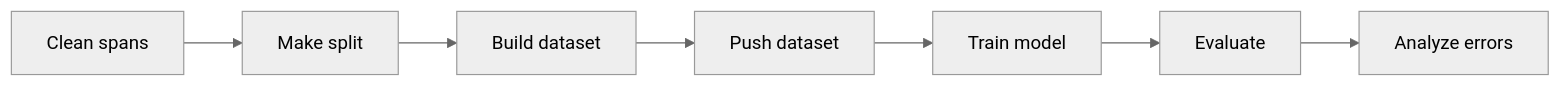
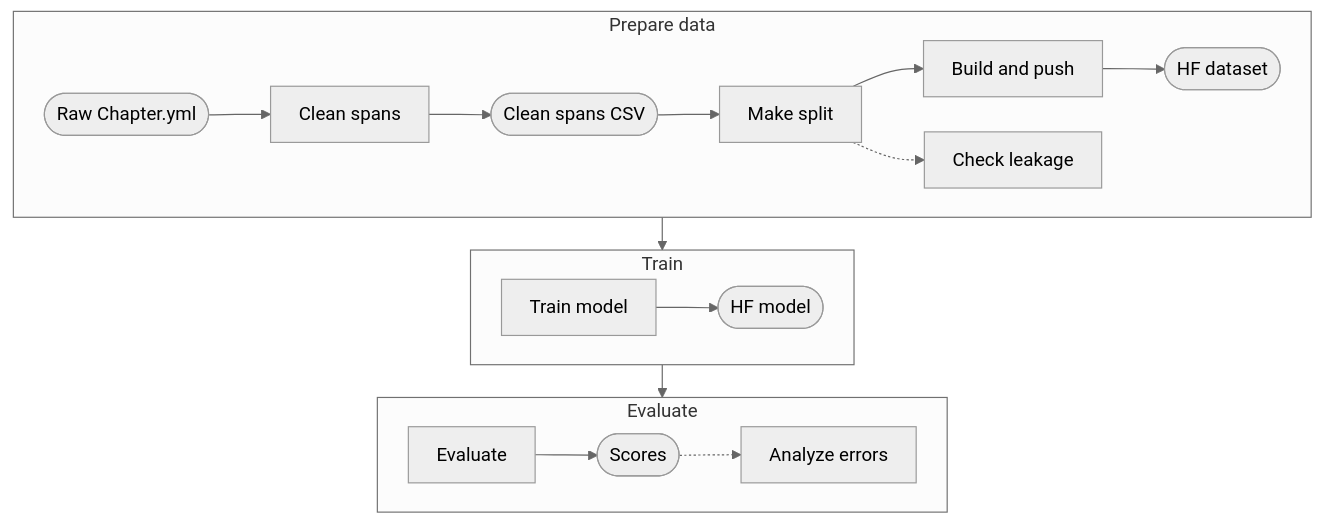
The diagram in chapter/README.md (tenzinyonten/tibetan-layer-detection), drawn with Mermaid (neutral theme) before and after one commit. The commit also changed other lines of this file, not shown here.

Commit message:
chapter/README: top-to-bottom chart with files, Folder layout moved up, 'Show 4 known issues'

````diff
--- a/chapter/README.md
+++ b/chapter/README.md
@@ -9,9 +22,24 @@
 ```mermaid
-flowchart LR
-  A["Clean spans"] --> B["Make split"]
-  B --> C["Build dataset"]
-  C --> D["Push dataset"]
-  D --> E["Train model"]
-  E --> F["Evaluate"]
-  F --> G["Analyze errors"]
+%%{init: {"flowchart": {"nodeSpacing": 30, "rankSpacing": 28, "padding": 12}}}%%
+flowchart TD
+  subgraph PREP["Prepare data"]
+    direction LR
+    F1(["Raw Chapter.yml"]) --> S1["Clean spans"]
+    S1 --> F2(["Clean spans CSV"])
+    F2 --> S2["Make split"]
+    S2 --> S3["Build and push"]
+    S3 --> F4(["HF dataset"])
+    S2 -.-> L["Check leakage"]
+  end
+  subgraph TRAIN["Train"]
+    direction LR
+    S4["Train model"] --> F5(["HF model"])
+  end
+  subgraph EVAL["Evaluate"]
+    direction LR
+    S5["Evaluate"] --> F6(["Scores"])
+    F6 -.-> A["Analyze errors"]
+  end
+  PREP --> TRAIN
+  TRAIN --> EVAL
 ```
````
